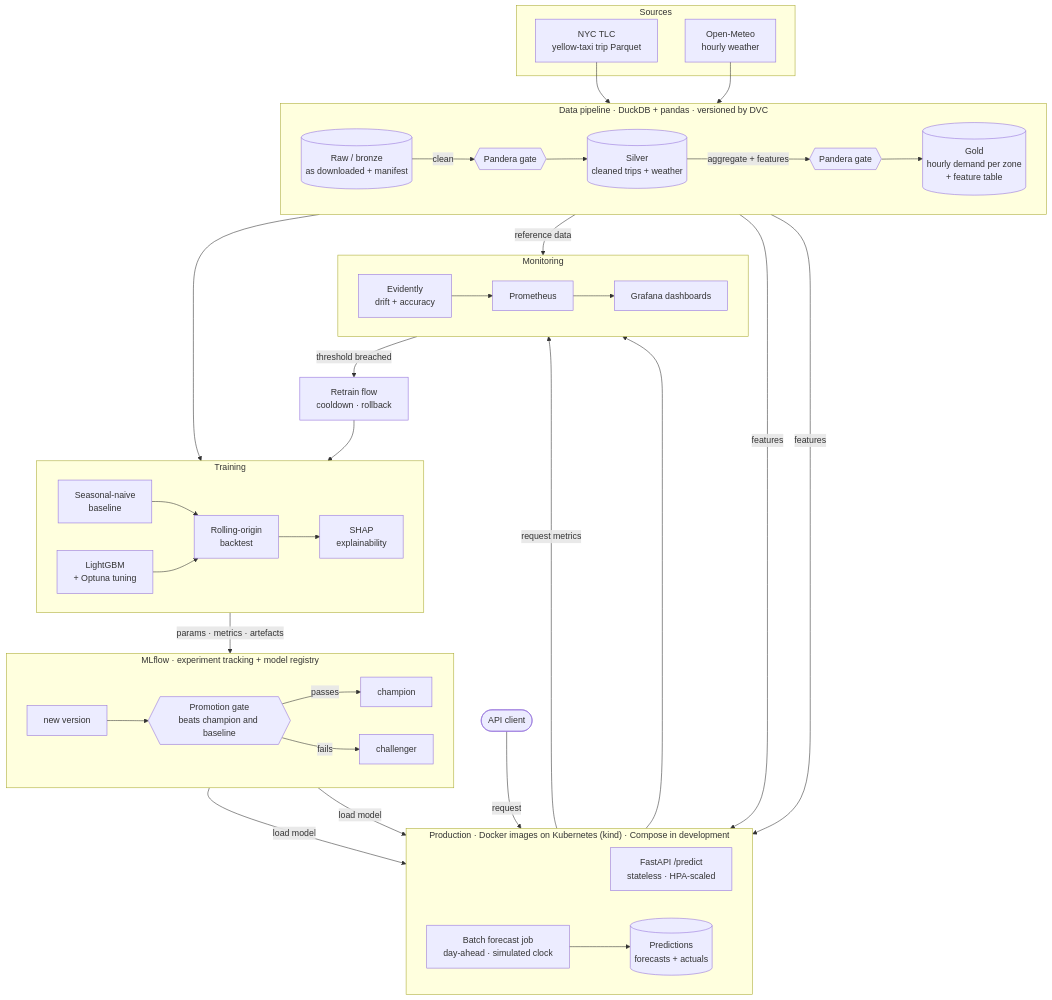
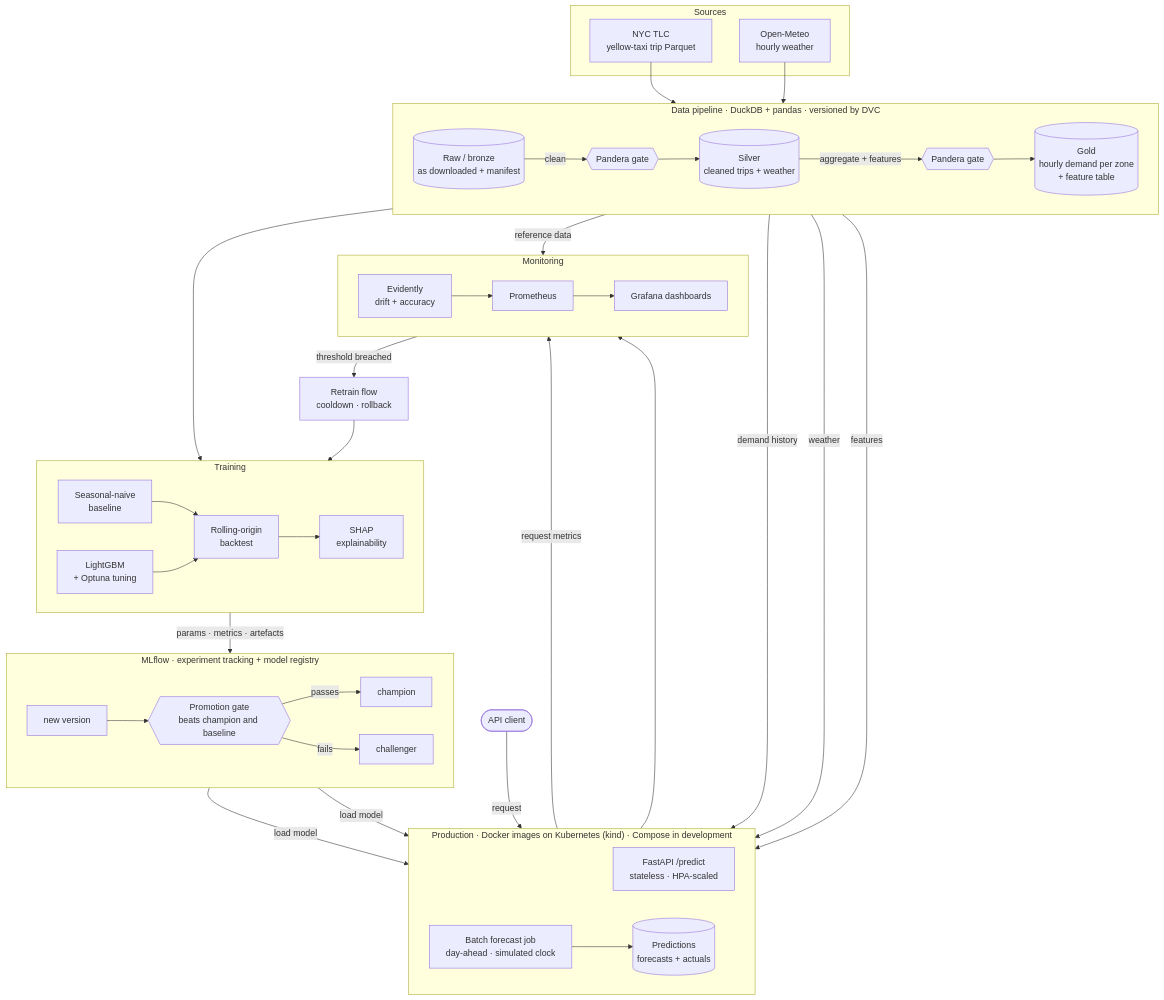
One commit to hazimmm/nyc-taxi-demand-mlops changed the first of 2 diagrams in docs/architecture.md. Above: the diagram before and after it, drawn with Mermaid. The commit also changed 31 other files, not shown here.

````diff
--- a/docs/architecture.md
+++ b/docs/architecture.md
@@ -7,71 +7,72 @@
 ```mermaid
 flowchart TB
     subgraph SRC["Sources"]
         TLC["NYC TLC<br/>yellow-taxi trip Parquet"]
         OM["Open-Meteo<br/>hourly weather"]
     end
 
     subgraph DATA["Data pipeline · DuckDB + pandas · versioned by DVC"]
         direction LR
         RAW[("Raw / bronze<br/>as downloaded + manifest")]
         SILVER[("Silver<br/>cleaned trips + weather")]
         GOLD[("Gold<br/>hourly demand per zone<br/>+ feature table")]
         RAW -->|"clean"| G1{{"Pandera gate"}} --> SILVER
         SILVER -->|"aggregate + features"| G2{{"Pandera gate"}} --> GOLD
     end
 
     subgraph TRAIN["Training"]
         direction LR
         BASE["Seasonal-naive<br/>baseline"]
         LGBM["LightGBM<br/>+ Optuna tuning"]
         BT["Rolling-origin<br/>backtest"]
         SHAP["SHAP<br/>explainability"]
         BASE --> BT
         LGBM --> BT --> SHAP
     end
 
     subgraph REG["MLflow · experiment tracking + model registry"]
         direction LR
         CHAL["new version"]
         GATE{{"Promotion gate<br/>beats champion and baseline"}}
         CHAMP["champion"]
         REJ["challenger"]
         CHAL --> GATE
         GATE -->|passes| CHAMP
         GATE -->|fails| REJ
     end
 
     subgraph PROD["Production · Docker images on Kubernetes (kind) · Compose in development"]
         direction LR
         API["FastAPI /predict<br/>stateless · HPA-scaled"]
         BATCH["Batch forecast job<br/>day-ahead · simulated clock"]
         PRED[("Predictions<br/>forecasts + actuals")]
         BATCH --> PRED
     end
 
     subgraph MON["Monitoring"]
         direction LR
         EVI["Evidently<br/>drift + accuracy"]
         PROM["Prometheus"]
         GRAF["Grafana dashboards"]
         EVI --> PROM --> GRAF
     end
 
     RETRAIN["Retrain flow<br/>cooldown · rollback"]
     USER(["API client"])
 
     TLC --> RAW
     OM --> RAW
     GOLD --> TRAIN
     TRAIN -->|"params · metrics · artefacts"| CHAL
     CHAMP -->|"load model"| API
     CHAMP -->|"load model"| BATCH
-    GOLD -->|"features"| API
+    GOLD -->|"demand history"| API
+    SILVER -->|"weather"| API
     GOLD -->|"features"| BATCH
     USER -->|"request"| API
     API -->|"request metrics"| PROM
     PRED --> EVI
     GOLD -->|"reference data"| EVI
     EVI -->|"threshold breached"| RETRAIN
     RETRAIN --> TRAIN
 ```
````
